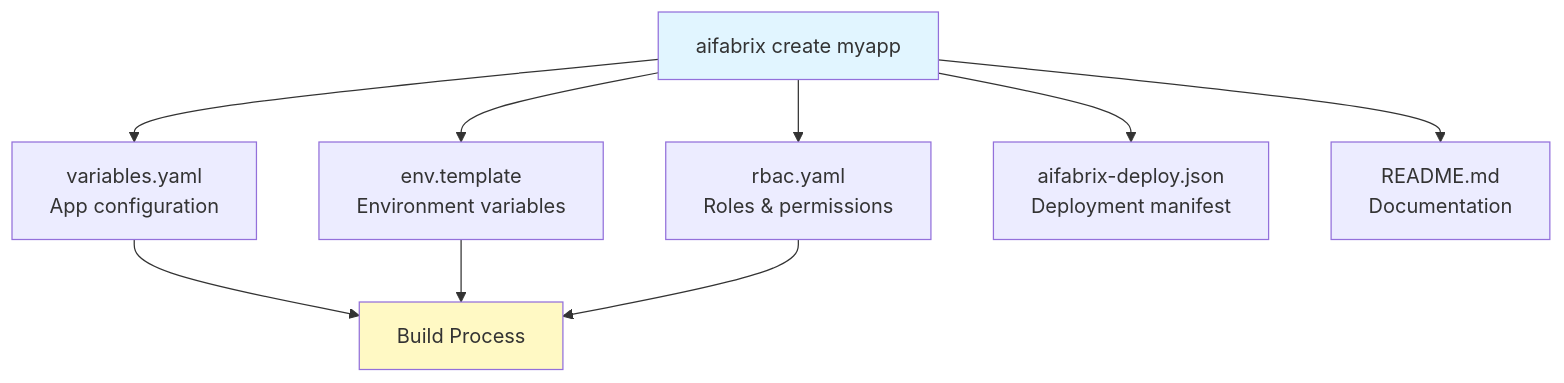
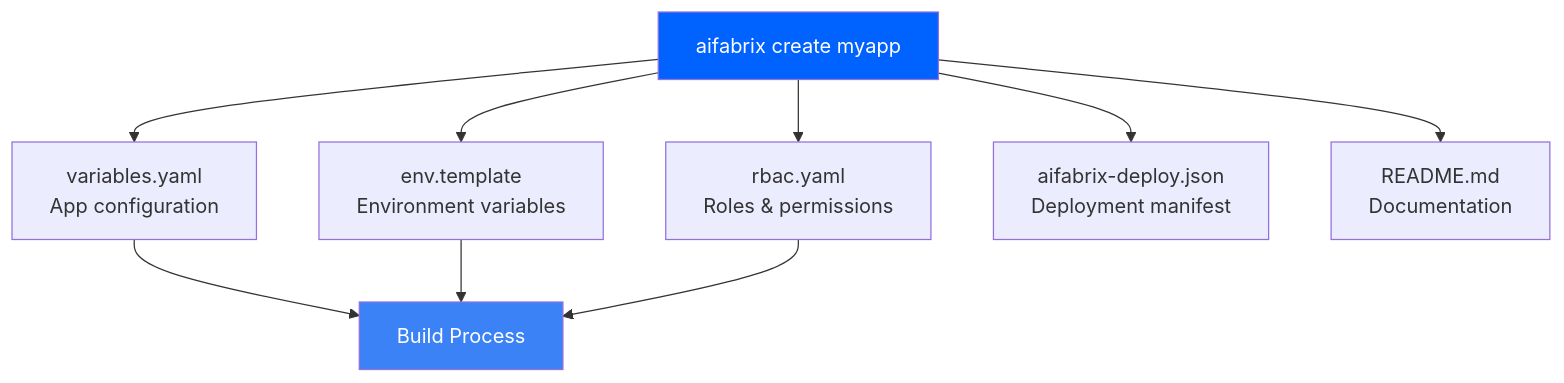
One commit to esystemsdev/aifabrix-builder changed the second of 2 diagrams in docs/QUICK-START.md. Above: the diagram before and after it, drawn with Mermaid. The commit also changed other lines of this file and 9 other files, not shown here.

````diff
--- a/docs/QUICK-START.md
+++ b/docs/QUICK-START.md
@@ -65,15 +65,15 @@
 ```mermaid
 graph TD
     Create[aifabrix create myapp] --> Variables[variables.yaml<br/>App configuration]
     Create --> EnvTemplate[env.template<br/>Environment variables]
     Create --> Rbac[rbac.yaml<br/>Roles & permissions]
     Create --> DeployJson[aifabrix-deploy.json<br/>Deployment manifest]
     Create --> Readme[README.md<br/>Documentation]
     
     Variables --> Build[Build Process]
     EnvTemplate --> Build
     Rbac --> Build
     
-    style Create fill:#e1f5ff
-    style Build fill:#fff9c4
+    style Create fill:#0062FF,color:#FFFFFF
+    style Build fill:#3B82F6,color:#FFFFFF
 ```
````
